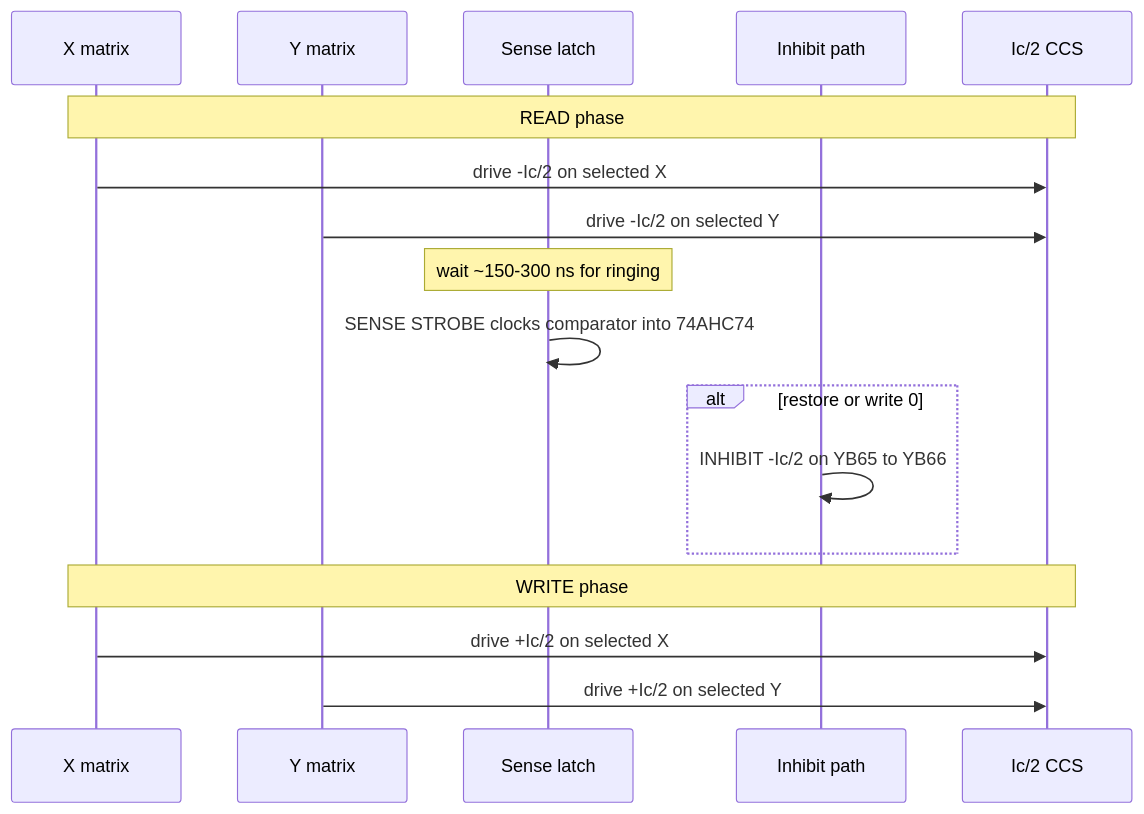
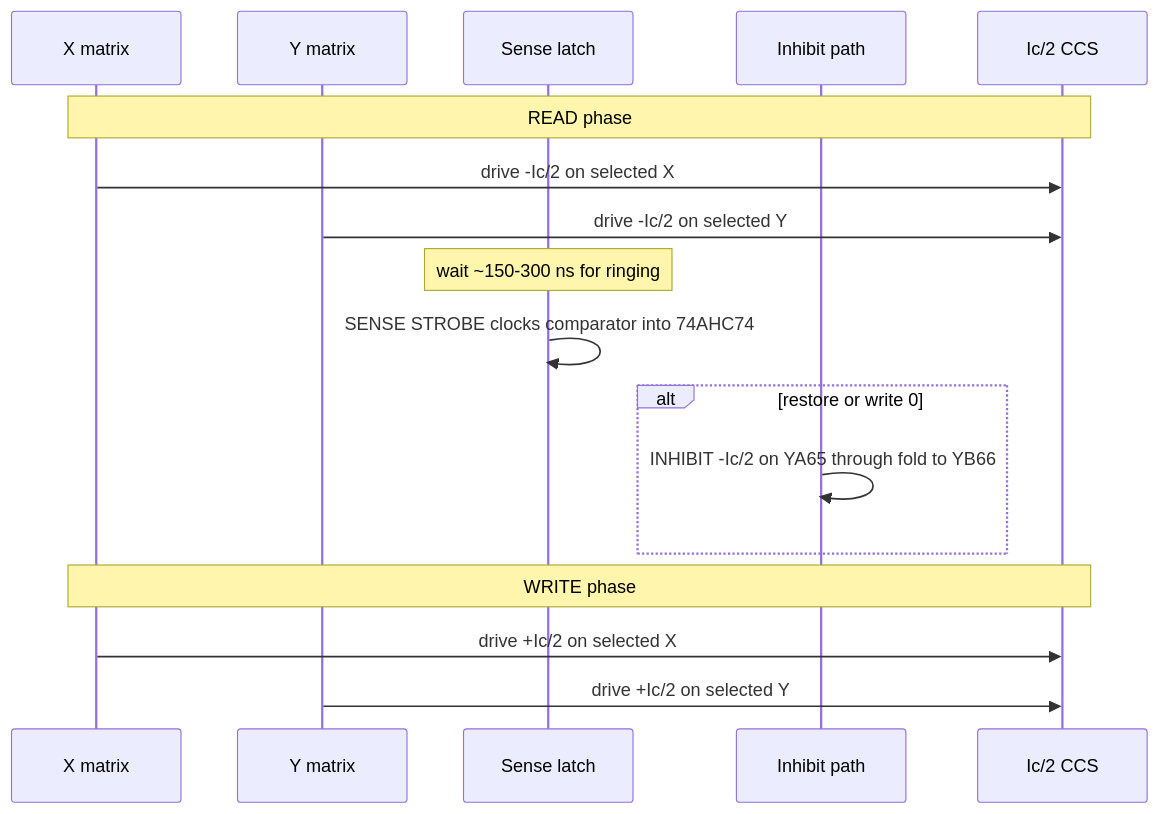
Before and after one commit to fractalclockwork/core-memory: the second of 2 diagrams in docs/theory_of_operation.md, drawn with Mermaid. The commit also changed other lines of this file and 15 other files, not shown here.

````diff
--- a/docs/theory_of_operation.md
+++ b/docs/theory_of_operation.md
@@ -65,22 +65,22 @@
 ```mermaid
 sequenceDiagram
   participant X as X matrix
   participant Y as Y matrix
   participant S as Sense latch
   participant I as Inhibit path
   participant CCS as Ic/2 CCS
 
   Note over X,CCS: READ phase
   X->>CCS: drive -Ic/2 on selected X
   Y->>CCS: drive -Ic/2 on selected Y
   Note over S: wait ~150-300 ns for ringing
   S->>S: SENSE STROBE clocks comparator into 74AHC74
 
   alt restore or write 0
-    I->>I: INHIBIT -Ic/2 on YB65 to YB66
+    I->>I: INHIBIT -Ic/2 on YA65 through fold to YB66
   end
 
   Note over X,CCS: WRITE phase
   X->>CCS: drive +Ic/2 on selected X
   Y->>CCS: drive +Ic/2 on selected Y
 ```
````
